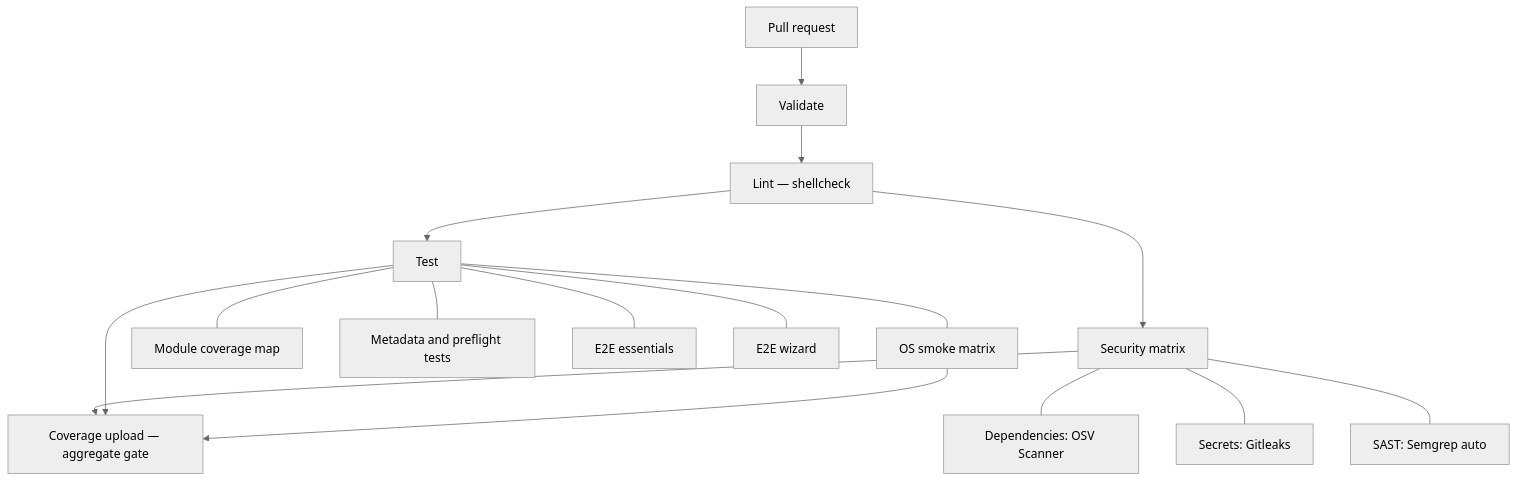
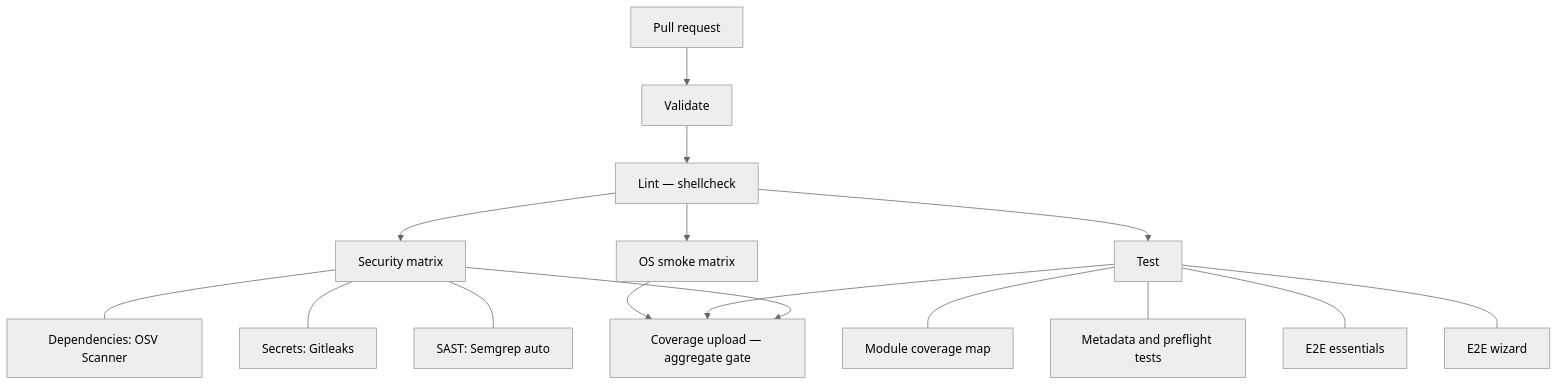
The second of 2 diagrams in WORKFLOWS.md (jooservices/server-installer), drawn with Mermaid (neutral theme) before and after one commit. The commit also changed 6 other files, not shown here.

````diff
--- a/WORKFLOWS.md
+++ b/WORKFLOWS.md
@@ -48,19 +48,19 @@
 ```mermaid
 flowchart TD
     PR[Pull request] --> V[Validate]
     V --> L[Lint — shellcheck]
     L --> S[Security matrix]
     L --> T[Test]
     S --> C[Coverage upload — aggregate gate]
     T --> C
 
     S --- S1[Dependencies: OSV Scanner]
     S --- S2[Secrets: Gitleaks]
     S --- S3[SAST: Semgrep auto]
     T --- T1[Module coverage map]
     T --- T2[Metadata and preflight tests]
     T --- T3[E2E essentials]
     T --- T4[E2E wizard]
-    T --- T5[OS smoke matrix]
+    L --> T5[OS smoke matrix]
     T5 --> C
 ```
````
